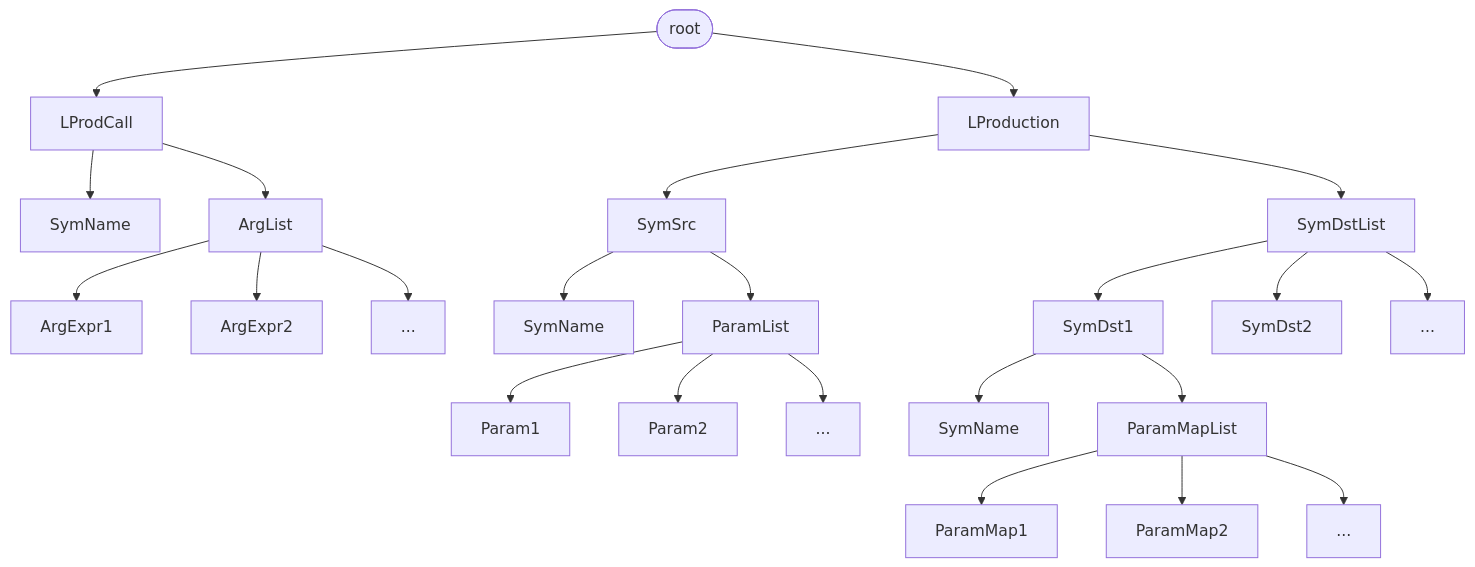
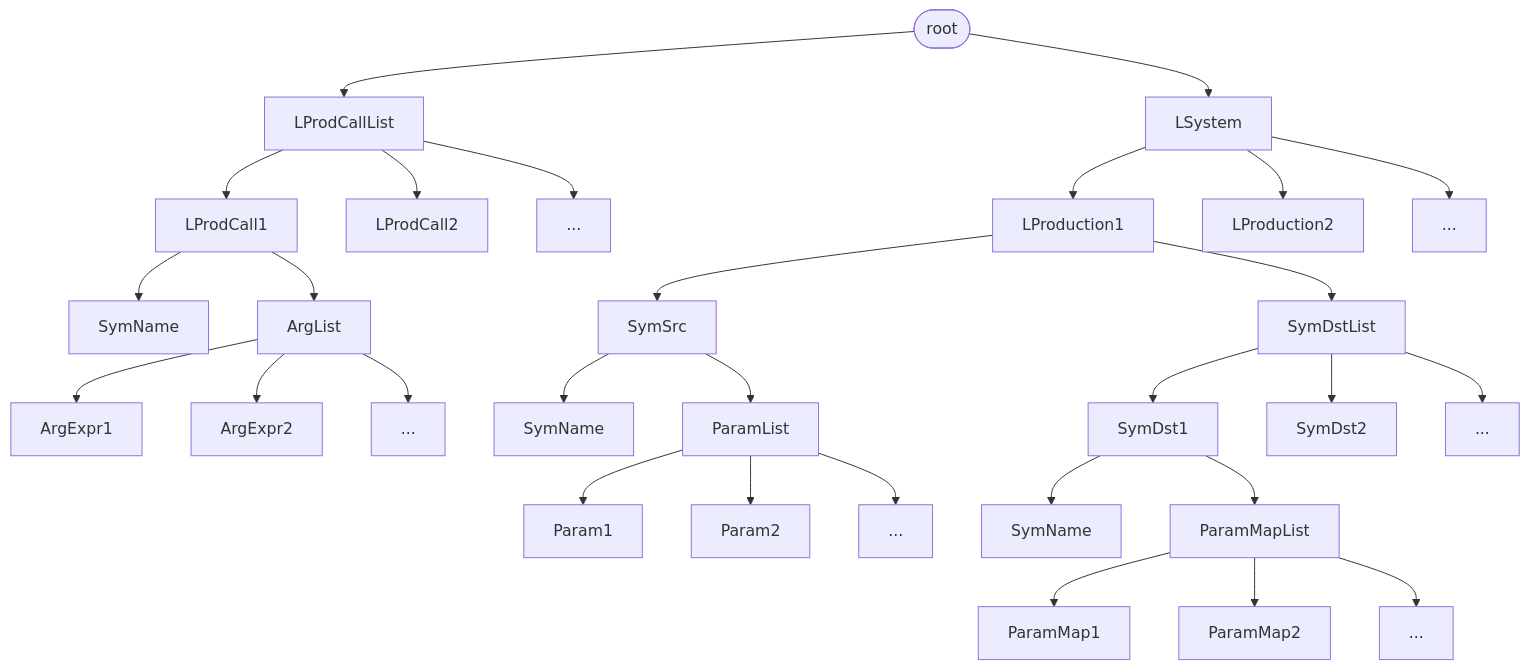
The first of 2 diagrams in Record.md (1309896340/L-System), drawn with Mermaid before and after one commit. The commit also changed 5 other files, not shown here.

````diff
--- a/Record.md
+++ b/Record.md
@@ -221,17 +221,21 @@
 ```mermaid
 graph TB
-T1([root]) --> B2[LProdCall] --> D3[SymName]
-B2 --> BB[ArgList] --> BB1[ArgExpr1]
-BB --> BB2[ArgExpr2]
-BB --> BB3[...]
-T1 --> A[LProduction] --> B[SymSrc] --> D[SymName]
-B --> E[ParamList] --> F1[Param1]
-E --> F2[Param2]
-E --> F3[...]
-A --> C[SymDstList] --> DD1[SymDst1] --> D2[SymName]
-C --> DD2[SymDst2]
-C --> DD3[...]
-DD1 --> G[ParamMapList] --> H1[ParamMap1]
-G --> H2[ParamMap2]
-G --> H3[...]
+Root([root]) --> LProdCallList[LProdCallList] --> LProdCall1[LProdCall1] --> s1[SymName]
+LProdCallList --> LProdCall2[LProdCall2]
+LProdCallList --> LProdCall3[...]
+LProdCall1 --> ArgList[ArgList] --> ArgExpr1[ArgExpr1]
+ArgList --> ArgExpr2[ArgExpr2]
+ArgList --> ArgExpr3[...]
+Root --> LSystem[LSystem] --> LProduction1[LProduction1] --> SymSrc[SymSrc] --> s2[SymName]
+LSystem --> LProduction2[LProduction2]
+LSystem --> LProduction3[...]
+SymSrc --> ParamList[ParamList] --> Param1[Param1]
+ParamList --> Param2[Param2]
+ParamList --> Param3[...]
+LProduction1 --> SymDstList[SymDstList] --> SymDst1[SymDst1] --> s3[SymName]
+SymDstList --> SymDst2[SymDst2]
+SymDstList --> SymDst3[...]
+SymDst1 --> ParamMapList[ParamMapList] --> ParamMap1[ParamMap1]
+ParamMapList --> ParamMap2[ParamMap2]
+ParamMapList --> ParamMap3[...]
 ```
````
